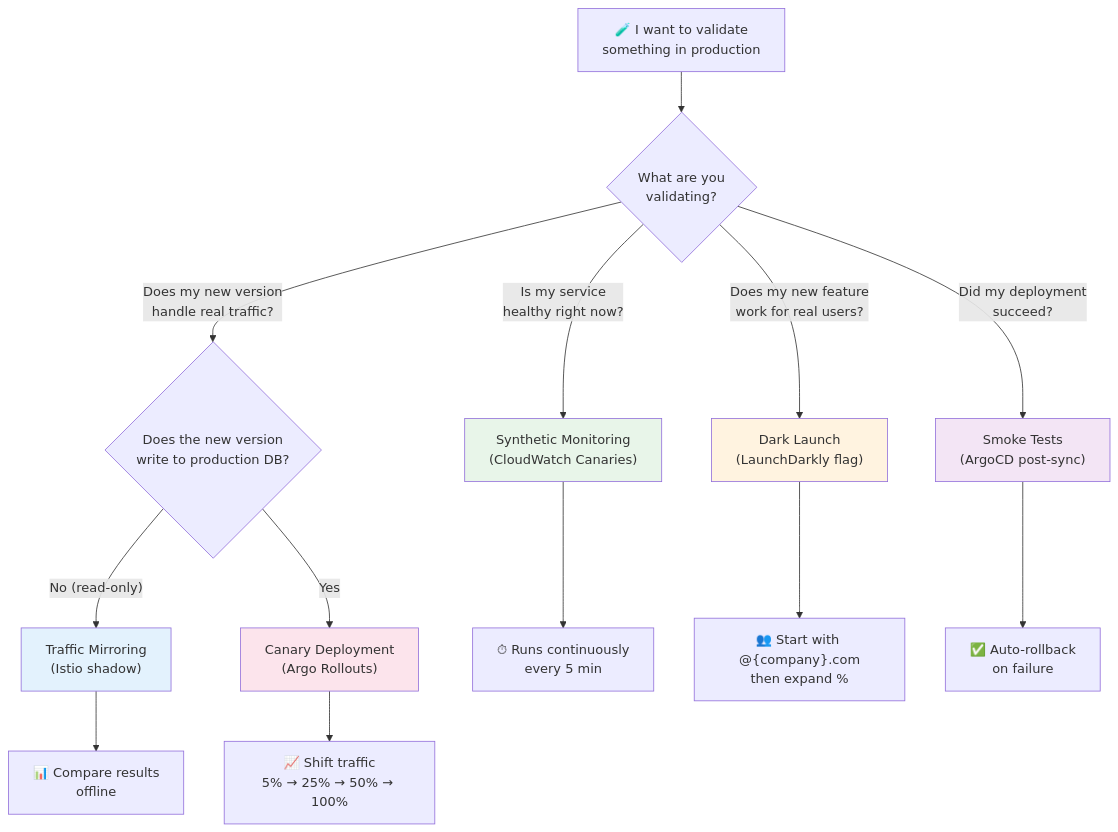
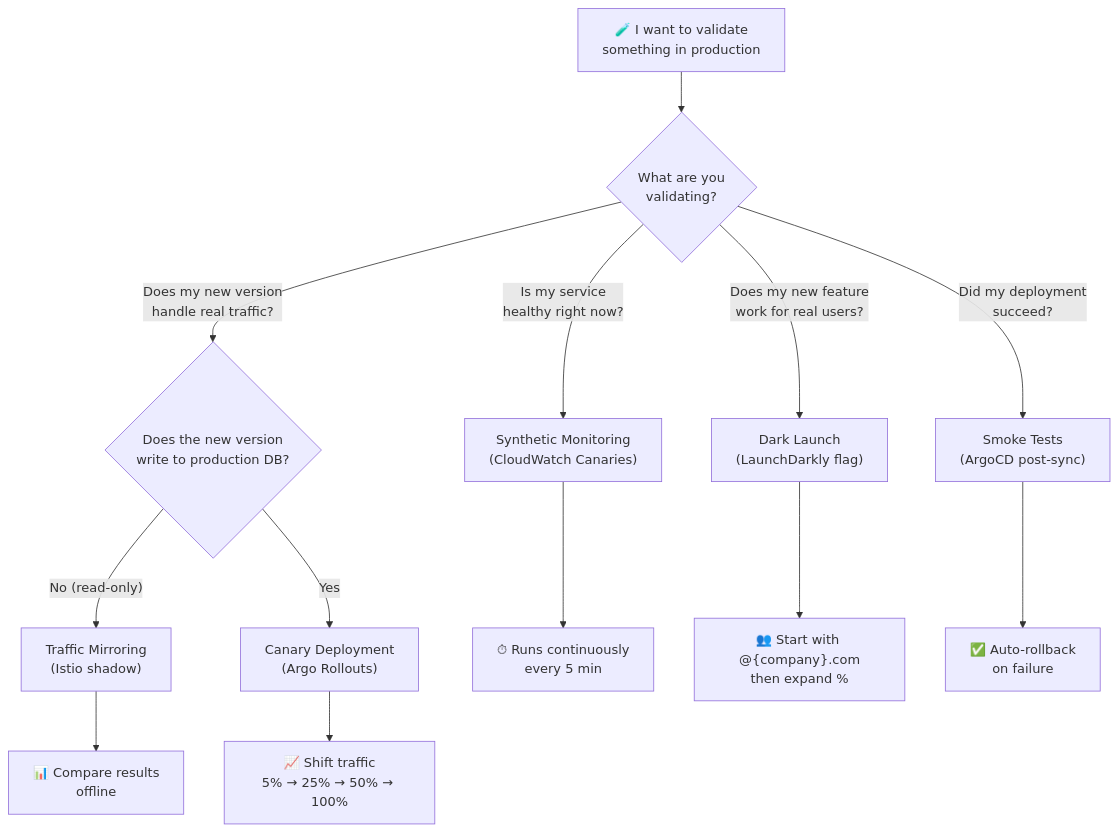
Before and after one commit to rishikeshdhokare/platform-manifesto: the third of 3 diagrams in 05-operational-excellence/08-testing-in-production.md, drawn with Mermaid. The commit also changed 14 other files, not shown here.

First line of the commit message:
fix: remove mermaid style directives (119 lines across 15 files)

````diff
--- a/05-operational-excellence/08-testing-in-production.md
+++ b/05-operational-excellence/08-testing-in-production.md
@@ -205,24 +205,19 @@
 ```mermaid
 flowchart TD
     Start["🧪 I want to validate<br/>something in production"] --> A{"What are you<br/>validating?"}
 
     A -->|"Is my service<br/>healthy right now?"| B["Synthetic Monitoring<br/>(CloudWatch Canaries)"]
     A -->|"Does my new version<br/>handle real traffic?"| C{"Does the new version<br/>write to production DB?"}
     A -->|"Does my new feature<br/>work for real users?"| D["Dark Launch<br/>(LaunchDarkly flag)"]
     A -->|"Did my deployment<br/>succeed?"| E["Smoke Tests<br/>(ArgoCD post-sync)"]
 
     C -->|"No (read-only)"| F["Traffic Mirroring<br/>(Istio shadow)"]
     C -->|"Yes"| G["Canary Deployment<br/>(Argo Rollouts)"]
 
     B --> H["⏱ Runs continuously<br/>every 5 min"]
     F --> I["📊 Compare results<br/>offline"]
     D --> J["👥 Start with @{company}.com<br/>then expand %"]
     E --> K["✅ Auto-rollback<br/>on failure"]
     G --> L["📈 Shift traffic<br/>5% → 25% → 50% → 100%"]
 
-    style B fill:#e8f5e9
-    style F fill:#e3f2fd
-    style D fill:#fff3e0
-    style E fill:#f3e5f5
-    style G fill:#fce4ec
 ```
````
